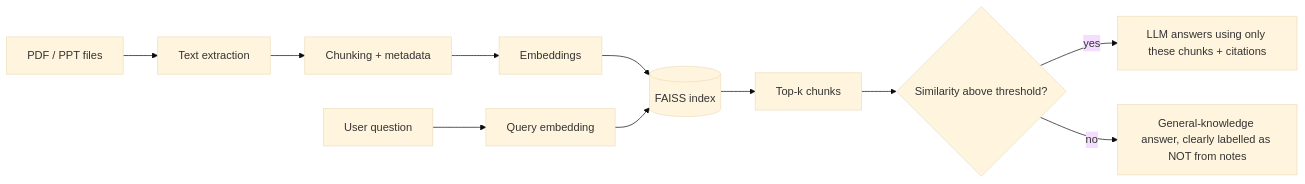
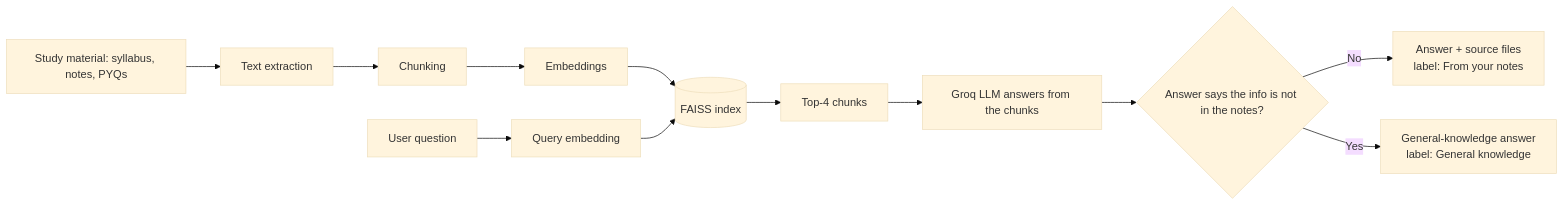
The diagram in README.md (madhushankarkr-cmd/semester-study-assistant), drawn with Mermaid (base theme) before and after one commit. The commit also changed other lines of this file, not shown here.

````diff
--- a/README.md
+++ b/README.md
@@ -29,13 +57,14 @@
 ```mermaid
 flowchart LR
-    A[PDF / PPT files] --> B[Text extraction]
-    B --> C[Chunking + metadata]
+    A[Study material: syllabus, notes, PYQs] --> B[Text extraction]
+    B --> C[Chunking]
     C --> D[Embeddings]
     D --> E[(FAISS index)]
     Q[User question] --> F[Query embedding]
     F --> E
-    E --> G[Top-k chunks]
-    G --> H{Similarity above threshold?}
-    H -- yes --> I[LLM answers using only these chunks + citations]
-    H -- no --> J[General-knowledge answer, clearly labelled as NOT from notes]
+    E --> G[Top-4 chunks]
+    G --> H[Groq LLM answers from the chunks]
+    H --> I{Answer says the info is not in the notes?}
+    I -- No --> J[Answer + source files<br/>label: From your notes]
+    I -- Yes --> K[General-knowledge answer<br/>label: General knowledge]
 ```
````
